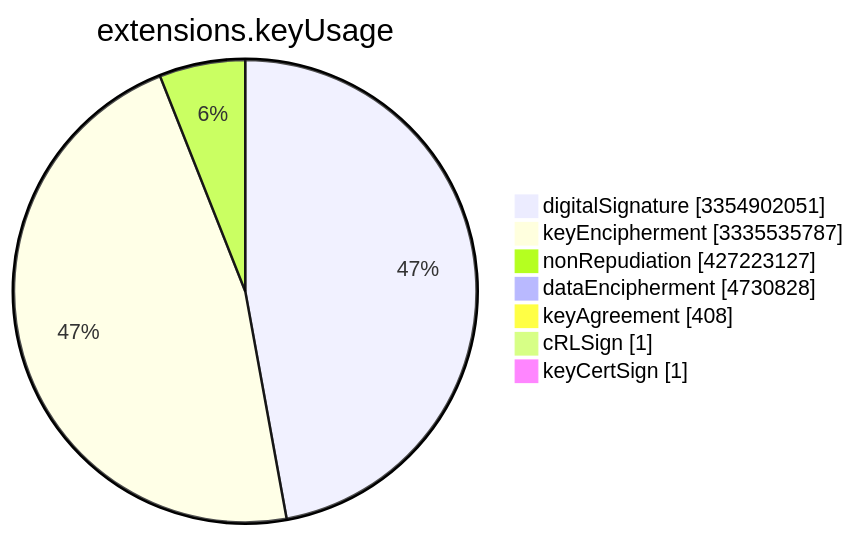
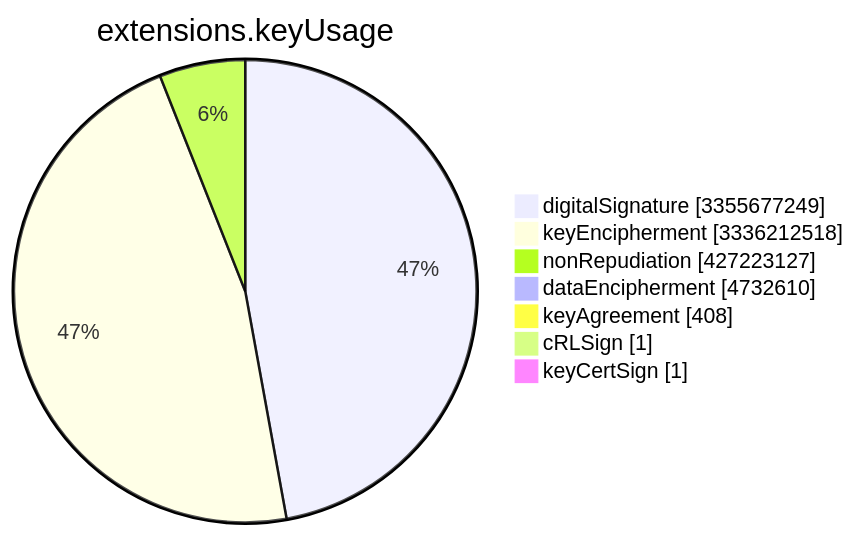
Before and after one commit to christiankrug/ctmonitor_visualization: the sixth of 15 diagrams in TOTAL/README.md, drawn with Mermaid. The commit also changed other lines of this file, not shown here.

````diff
--- a/TOTAL/README.md
+++ b/TOTAL/README.md
@@ -3079,11 +3079,11 @@
 ```mermaid
 pie showData
 title extensions.keyUsage
-"digitalSignature" :3354902051
-"keyEncipherment" :3335535787
+"digitalSignature" :3355677249
+"keyEncipherment" :3336212518
 "nonRepudiation" :427223127
-"dataEncipherment" :4730828
+"dataEncipherment" :4732610
 "keyAgreement" :408
 "cRLSign" :1
 "keyCertSign" :1
 ```
````
